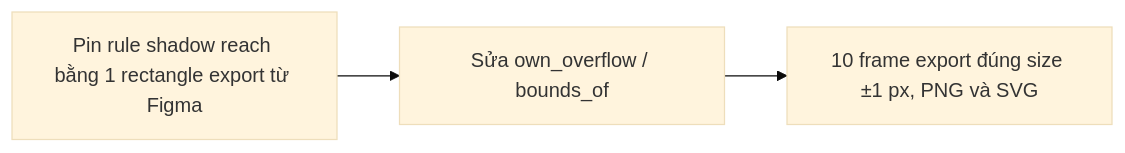
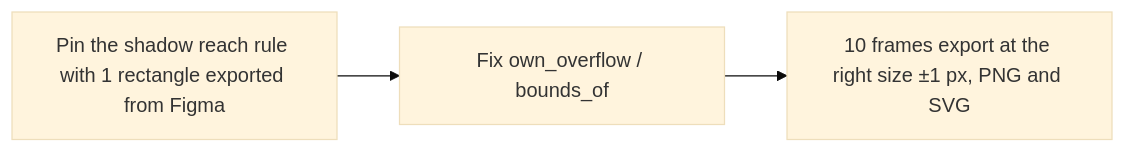
The diagram in plans/specs/v0.7-effects-export/us/US-02.md (jangtrinh/design-os-studio), drawn with Mermaid (base theme) before and after one commit. The commit also changed other lines of this file and 38 other files, not shown here.

````diff
--- a/plans/specs/v0.7-effects-export/us/US-02.md
+++ b/plans/specs/v0.7-effects-export/us/US-02.md
@@ -42,5 +42,5 @@
 ```mermaid
 flowchart LR
-  A["Pin rule shadow reach bằng 1 rectangle export từ Figma"] --> B["Sửa own_overflow / bounds_of"]
-  B --> C["10 frame export đúng size ±1 px, PNG và SVG"]
+  A["Pin the shadow reach rule with 1 rectangle exported from Figma"] --> B["Fix own_overflow / bounds_of"]
+  B --> C["10 frames export at the right size ±1 px, PNG and SVG"]
 ```
````
